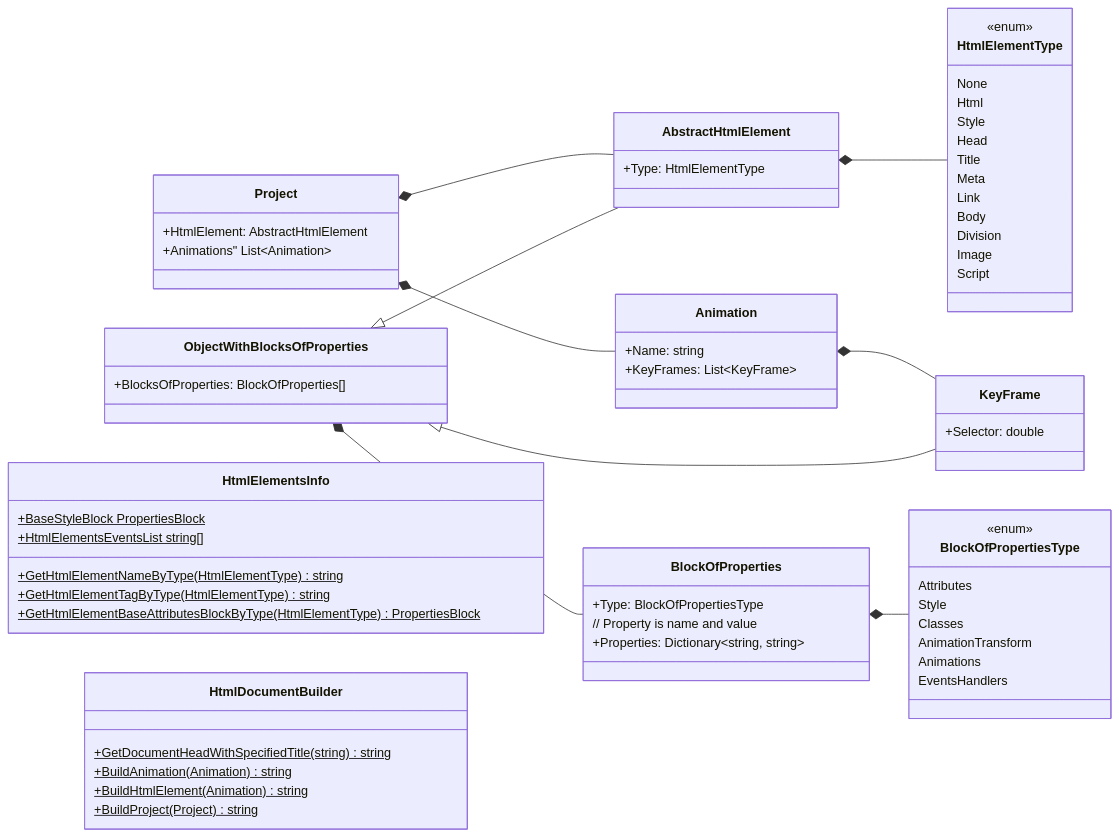
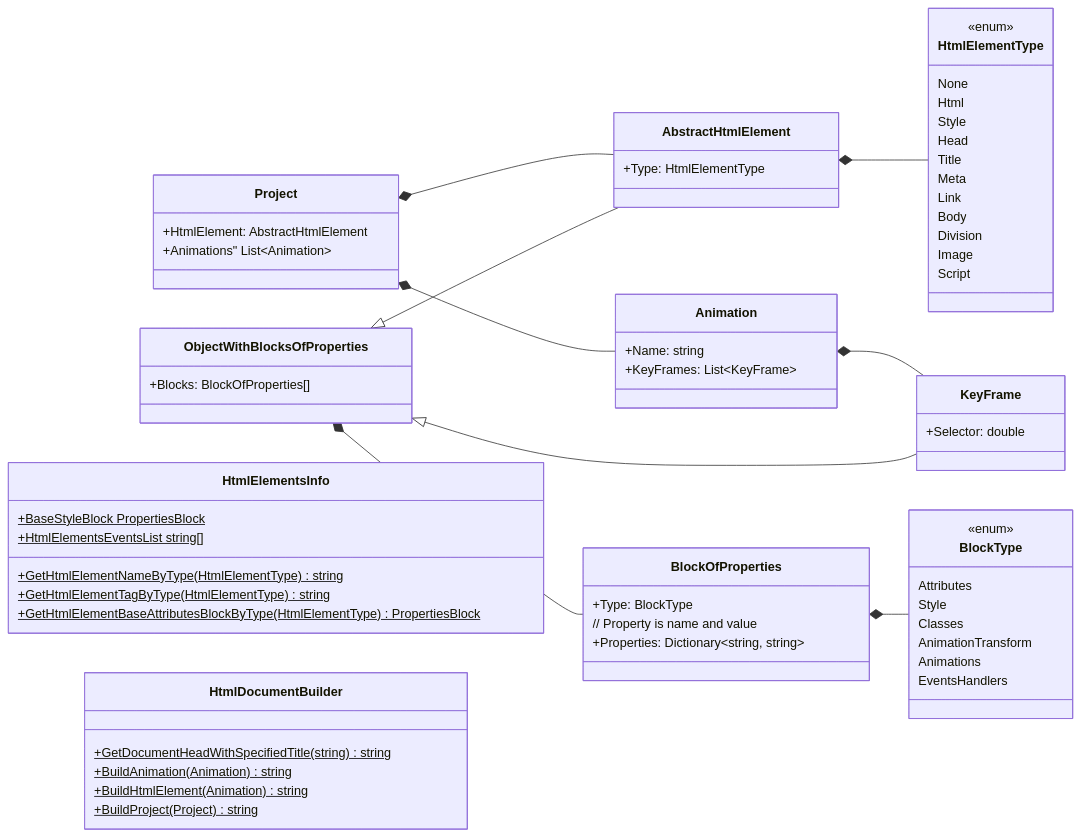
The diagram in Descriptions/Class diagram.md (NemoNology/WebAnimEdit), drawn with Mermaid before and after one commit.

Commit message:
Class diagram: improved? some class field name and name for enum

````diff
--- a/Descriptions/Class diagram.md
+++ b/Descriptions/Class diagram.md
@@ -3,70 +3,70 @@
 ```mermaid
 classDiagram
     direction LR
     class AbstractHtmlElement{
         +Type: HtmlElementType
     }
     class ObjectWithBlocksOfProperties{
-        +BlocksOfProperties: BlockOfProperties[]
+        +Blocks: BlockOfProperties[]
     }
     class BlockOfProperties{
-        +Type: BlockOfPropertiesType
+        +Type: BlockType
         // Property is name and value
         +Properties: Dictionary~string, string~
     }
     class Animation{
         +Name: string
         +KeyFrames: List~KeyFrame~
     }
     class KeyFrame{
         +Selector: double
     }
     class Project{
         +HtmlElement: AbstractHtmlElement
         +Animations" List~Animation~
     }
     class HtmlElementType{
         <<enum>>
         None
         Html
         Style        
         Head
         Title
         Meta
         Link
         Body
         Division
         Image
         Script
     }
-    class BlockOfPropertiesType{
+    class BlockType{
         <<enum>>
         Attributes
         Style
         Classes
         AnimationTransform
         Animations
         EventsHandlers
     }
     class HtmlElementsInfo{
         +GetHtmlElementNameByType(HtmlElementType) string$
         +GetHtmlElementTagByType(HtmlElementType) string$
         +GetHtmlElementBaseAttributesBlockByType(HtmlElementType) PropertiesBlock$
         +BaseStyleBlock PropertiesBlock$
         +HtmlElementsEventsList string[]$
     }
     class HtmlDocumentBuilder{
         +GetDocumentHeadWithSpecifiedTitle(string) string$
         +BuildAnimation(Animation) string$
         +BuildHtmlElement(Animation) string$
         +BuildProject(Project) string$
     }
     ObjectWithBlocksOfProperties<|--AbstractHtmlElement
     ObjectWithBlocksOfProperties<|--KeyFrame
     ObjectWithBlocksOfProperties*--BlockOfProperties
-    BlockOfProperties*--BlockOfPropertiesType
+    BlockOfProperties*--BlockType
     Animation*--KeyFrame
     AbstractHtmlElement*--HtmlElementType
     Project*--AbstractHtmlElement
     Project*--Animation
 ```
````
